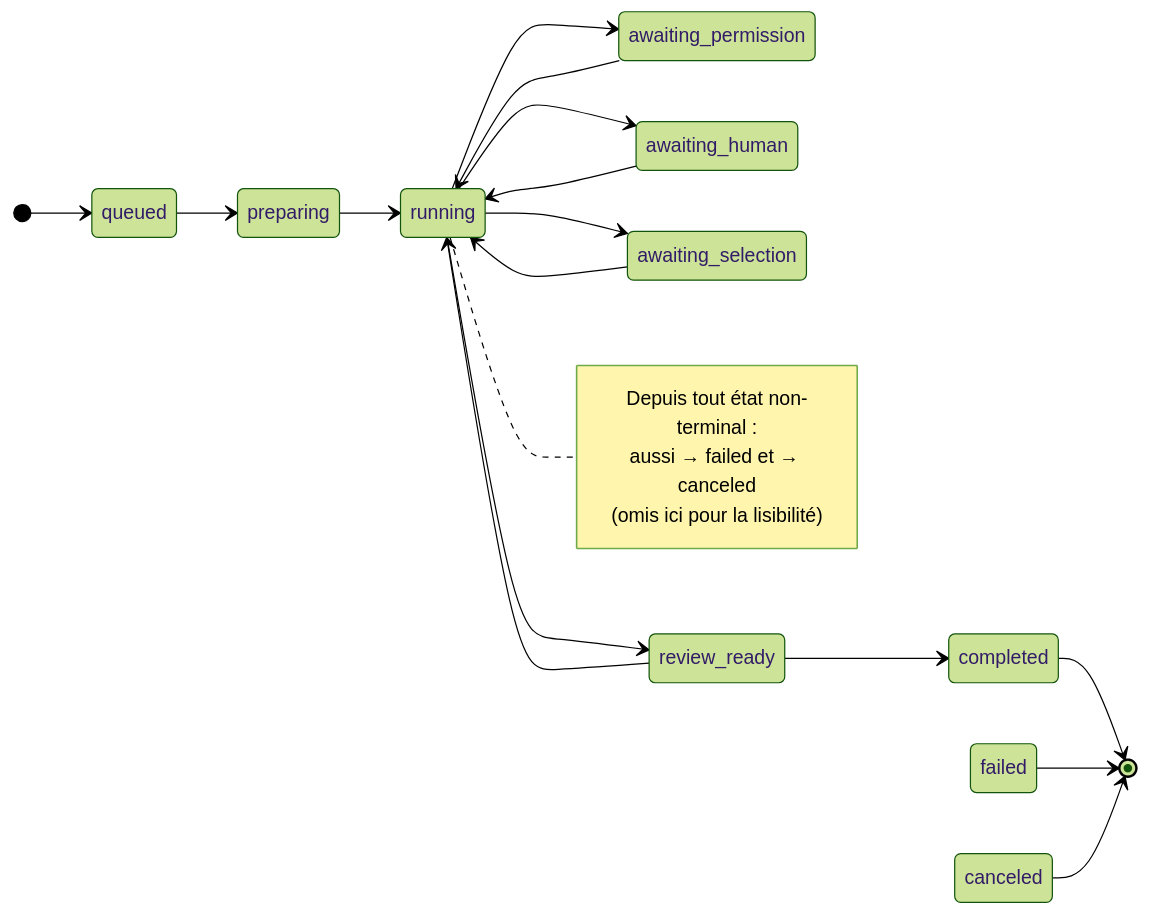
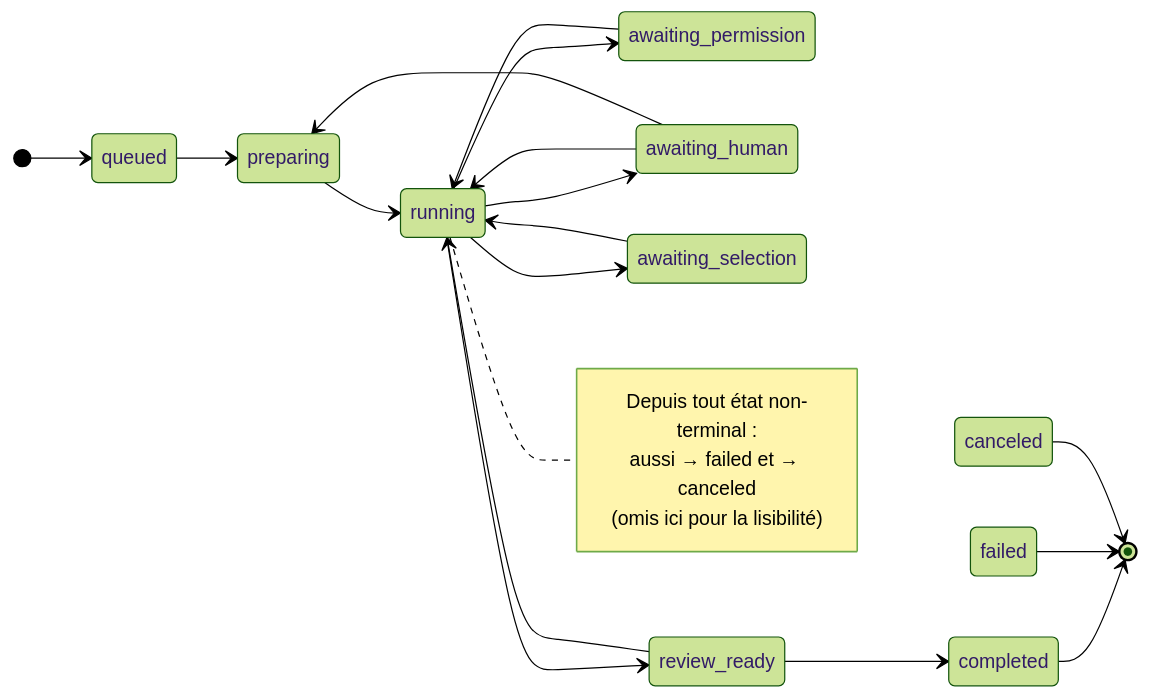
The third of 3 diagrams in docs/ai/run-lifecycle.md (alimtunc/otomat), drawn with Mermaid (forest theme) before and after one commit. The commit also changed other lines of this file and 20 other files, not shown here.

````diff
--- a/docs/ai/run-lifecycle.md
+++ b/docs/ai/run-lifecycle.md
@@ -75,24 +102,25 @@
 ```mermaid
 stateDiagram-v2
     direction LR
     [*] --> queued
     queued --> preparing
     preparing --> running
     running --> awaiting_permission
     running --> awaiting_human
     running --> awaiting_selection
     running --> review_ready
     awaiting_permission --> running
     awaiting_human --> running
+    awaiting_human --> preparing
     awaiting_selection --> running
     review_ready --> running
     review_ready --> completed
     completed --> [*]
     failed --> [*]
     canceled --> [*]
     note right of running
       Depuis tout état non-terminal :
       aussi → failed et → canceled
       (omis ici pour la lisibilité)
     end note
 ```
````
